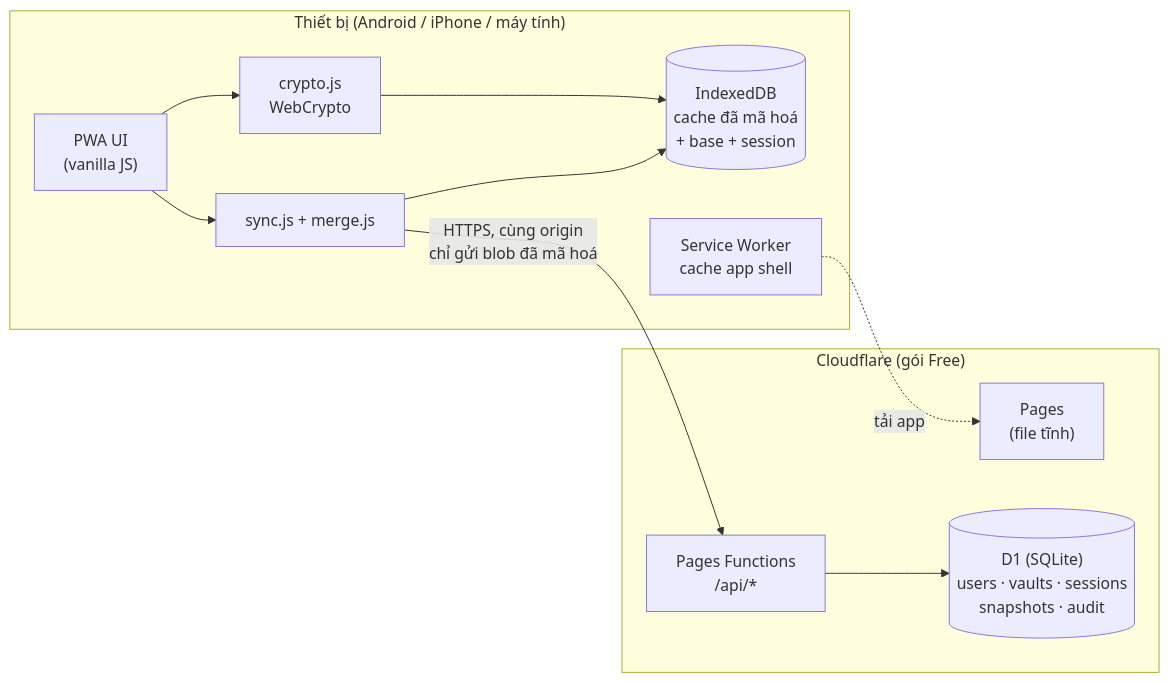
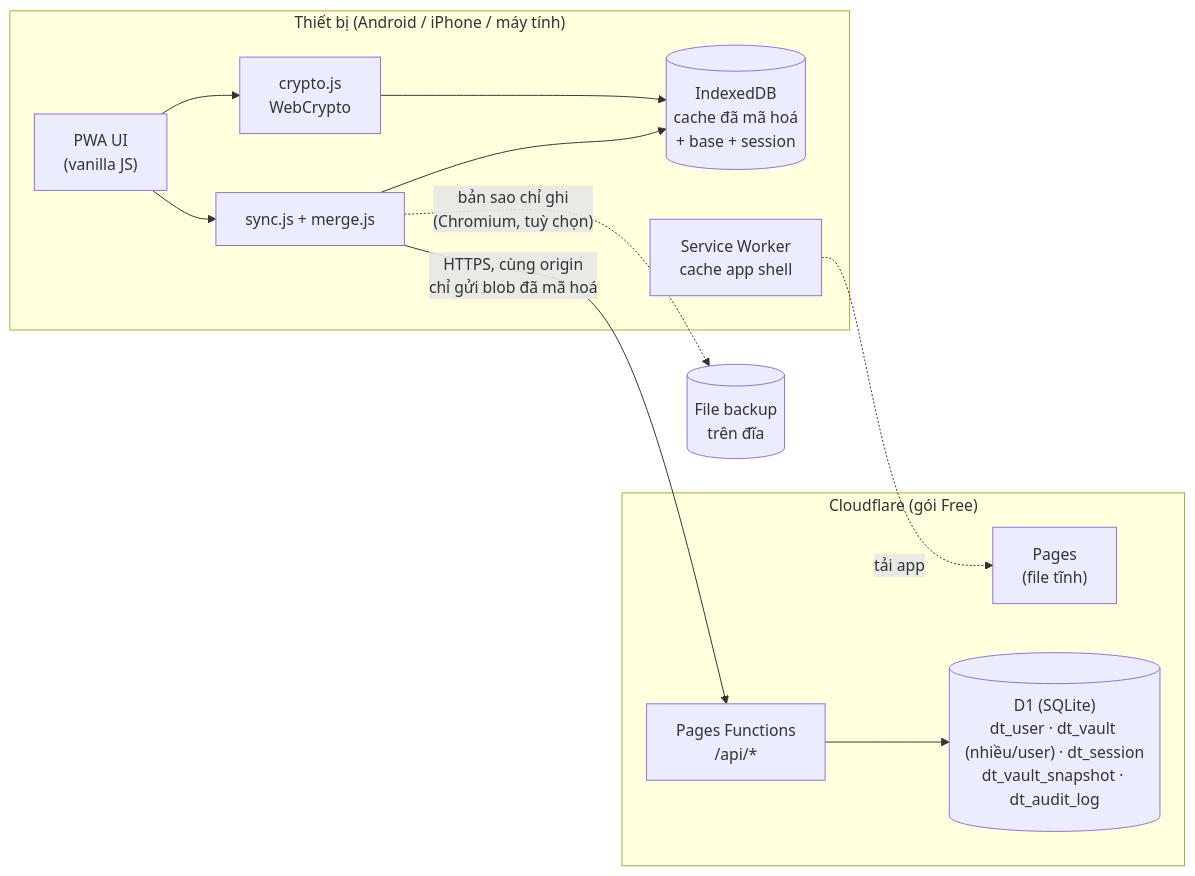
One commit to delete101020/keymesh changed the first of 2 diagrams in docs/02-architecture.md. Above: the diagram before and after it, drawn with Mermaid. The commit also changed other lines of this file and 8 other files, not shown here.

````diff
--- a/docs/02-architecture.md
+++ b/docs/02-architecture.md
@@ -5,22 +5,23 @@
 ```mermaid
 flowchart LR
   subgraph Device["Thiết bị (Android / iPhone / máy tính)"]
     UI["PWA UI<br/>(vanilla JS)"]
     CR["crypto.js<br/>WebCrypto"]
     SY["sync.js + merge.js"]
     IDB[("IndexedDB<br/>cache đã mã hoá<br/>+ base + session")]
     SW["Service Worker<br/>cache app shell"]
     UI --> CR --> IDB
     UI --> SY --> IDB
   end
 
   subgraph CF["Cloudflare (gói Free)"]
     PG["Pages<br/>(file tĩnh)"]
     FN["Pages Functions<br/>/api/*"]
-    D1[("D1 (SQLite)<br/>users · vaults · sessions<br/>snapshots · audit")]
+    D1[("D1 (SQLite)<br/>dt_user · dt_vault (nhiều/user) · dt_session<br/>dt_vault_snapshot · dt_audit_log")]
     FN --> D1
   end
 
   SW -. tải app .-> PG
   SY -- "HTTPS, cùng origin<br/>chỉ gửi blob đã mã hoá" --> FN
+  SY -. "bản sao chỉ ghi<br/>(Chromium, tuỳ chọn)" .-> FILE[("File backup<br/>trên đĩa")]
 ```
````
